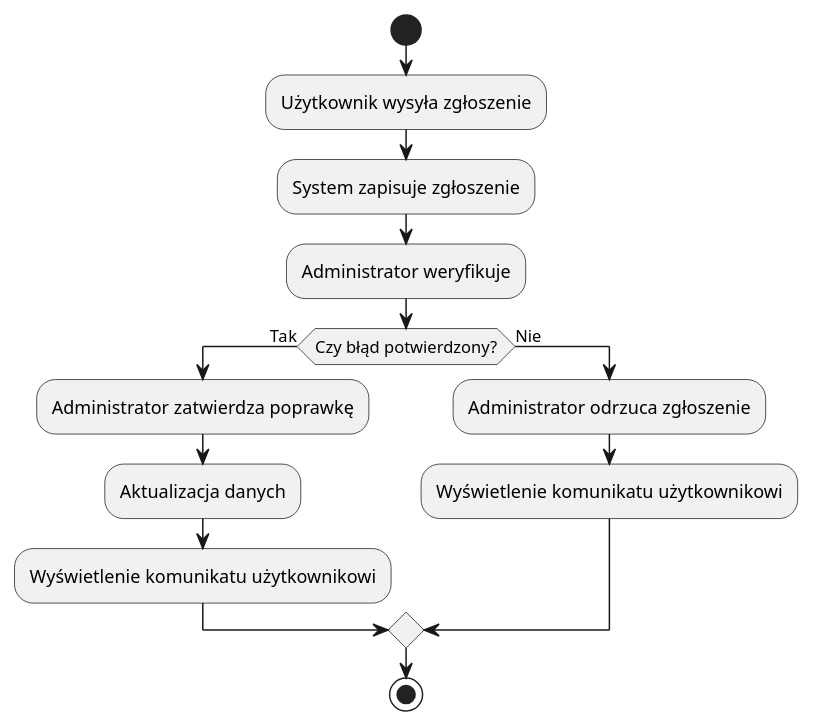
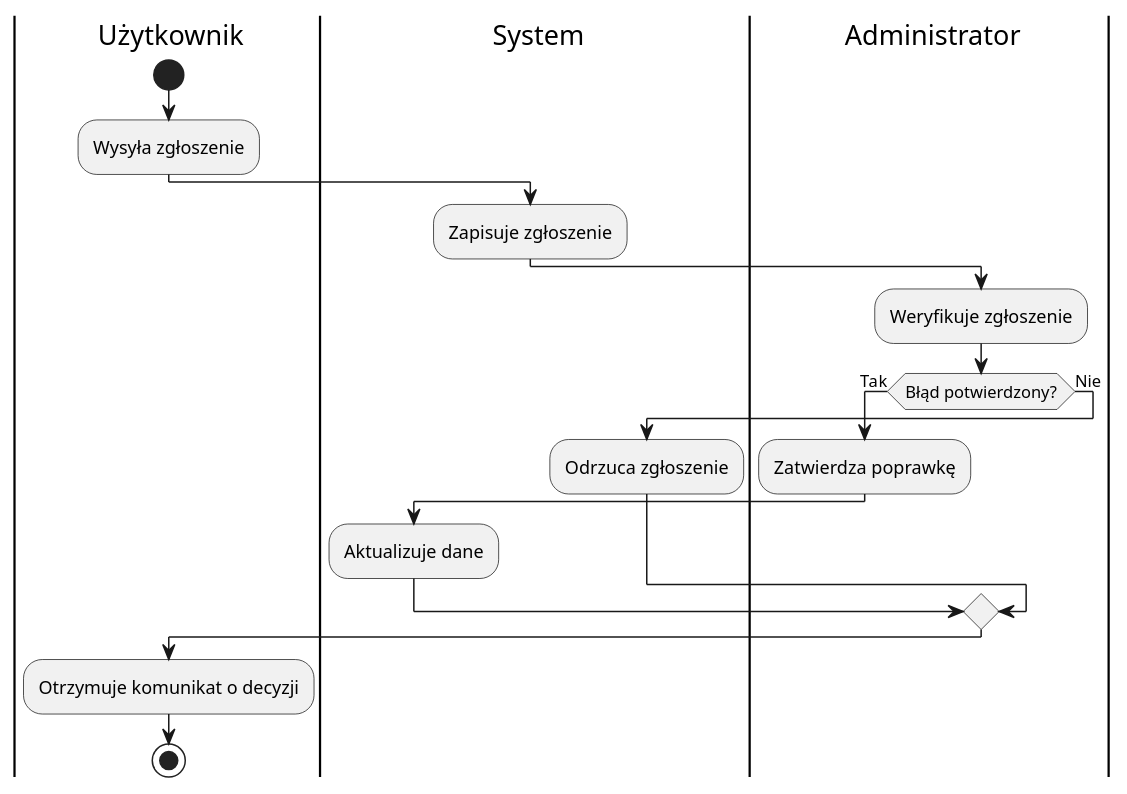
Before and after one commit to aleksanderpiluk/IWO: the diagram in dokumentacja/specyfikacja.wymagan/2.opis.biznesu/procesy.biznesowe/procesy/PB0002.puml, drawn with PlantUML.

```diff
--- a/dokumentacja/specyfikacja.wymagan/2.opis.biznesu/procesy.biznesowe/procesy/PB0002.puml
+++ b/dokumentacja/specyfikacja.wymagan/2.opis.biznesu/procesy.biznesowe/procesy/PB0002.puml
@@ -1,17 +1,23 @@
 @startuml
+|u| Użytkownik
 start
+:Wysyła zgłoszenie;
 
-:Użytkownik wysyła zgłoszenie;
-:System zapisuje zgłoszenie;
-:Administrator weryfikuje;
-if (Czy błąd potwierdzony?) then (Tak)
-  :Administrator zatwierdza poprawkę;
-  :Aktualizacja danych;
-  :Wyświetlenie komunikatu użytkownikowi;
+|s| System
+:Zapisuje zgłoszenie;
+
+|a| Administrator
+:Weryfikuje zgłoszenie;
+
+if (Błąd potwierdzony?) then (Tak)
+  :Zatwierdza poprawkę;
+  |s| System
+  :Aktualizuje dane;
 else (Nie)
-  :Administrator odrzuca zgłoszenie;
-  :Wyświetlenie komunikatu użytkownikowi;
+  :Odrzuca zgłoszenie;
 endif
 
+|u| Użytkownik
+:Otrzymuje komunikat o decyzji;
 stop
 @enduml
```
